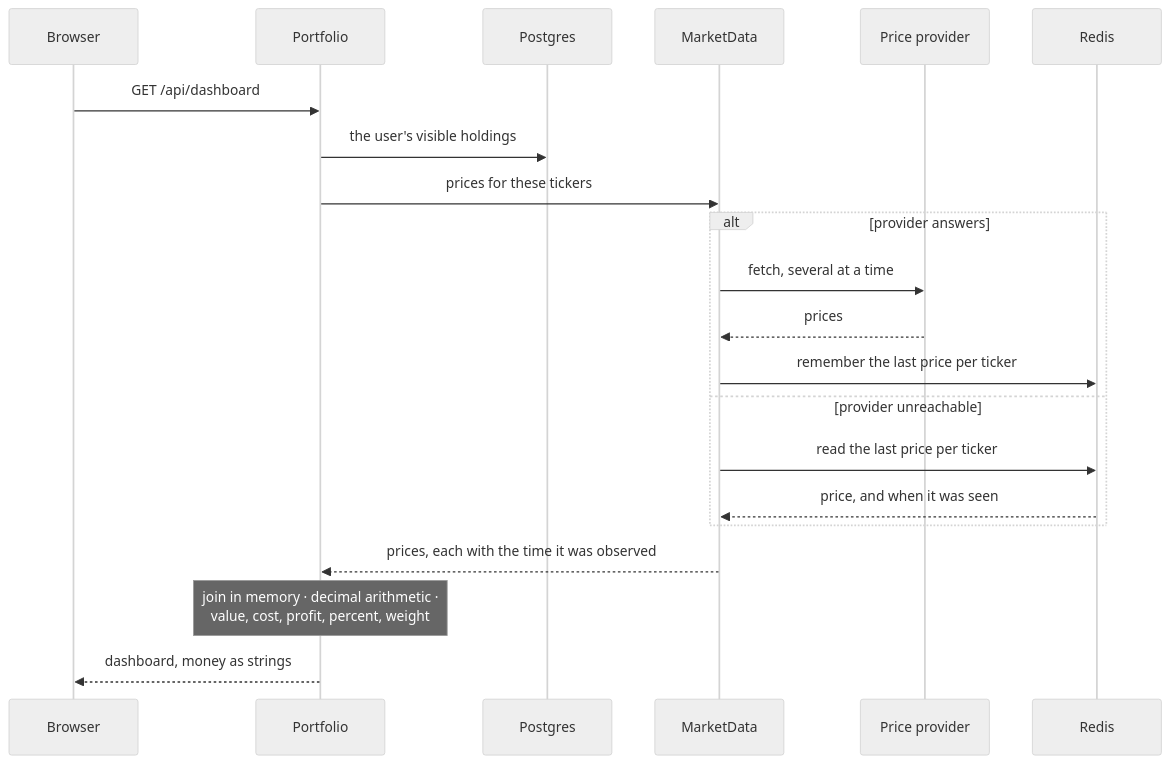
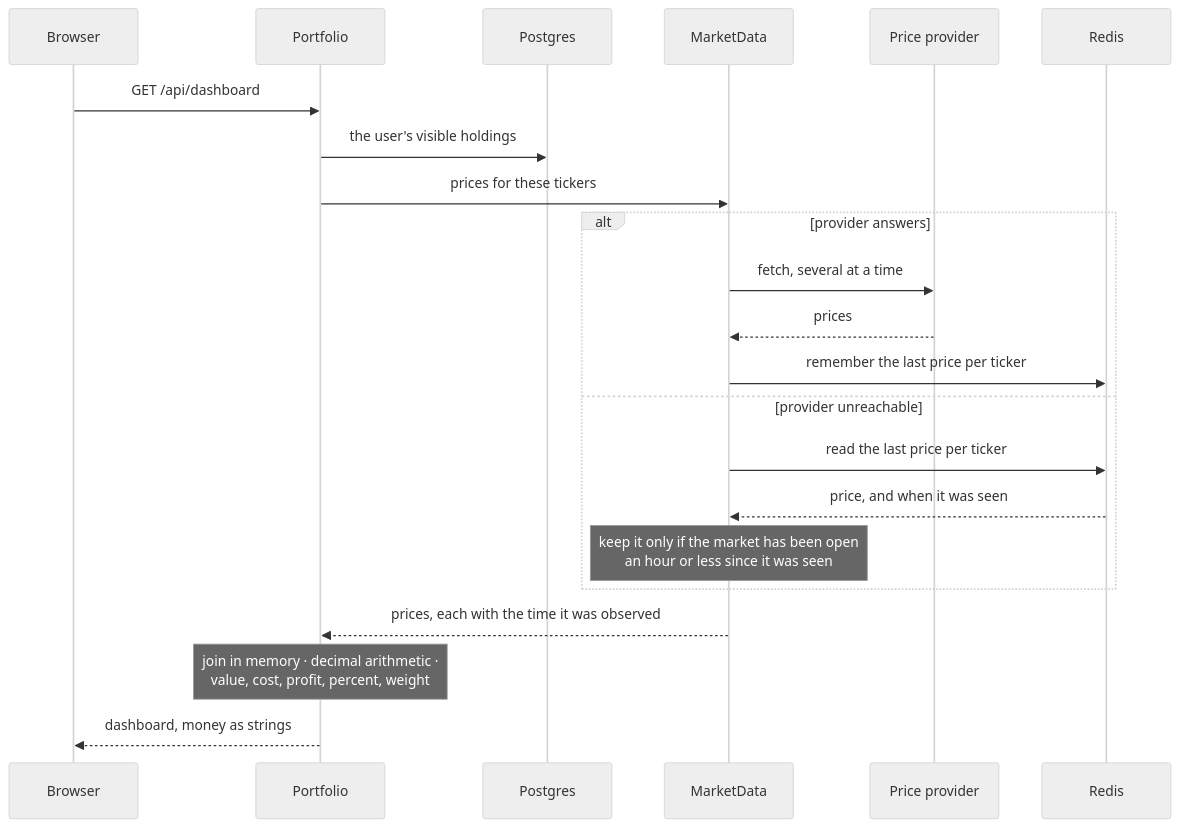
The second of 4 diagrams in docs/reference/module-interactions.md (Dilicidum/StockPortfolio), drawn with Mermaid (neutral theme) before and after one commit. The commit also changed other lines of this file and 110 other files, not shown here.

````diff
--- a/docs/reference/module-interactions.md
+++ b/docs/reference/module-interactions.md
@@ -106,26 +106,27 @@
 ```mermaid
 sequenceDiagram
     participant B as Browser
     participant PF as Portfolio
     participant PG as Postgres
     participant MD as MarketData
     participant F as Price provider
     participant R as Redis
 
     B->>PF: GET /api/dashboard
     PF->>PG: the user's visible holdings
     PF->>MD: prices for these tickers
 
     alt provider answers
         MD->>F: fetch, several at a time
         F-->>MD: prices
         MD->>R: remember the last price per ticker
     else provider unreachable
         MD->>R: read the last price per ticker
         R-->>MD: price, and when it was seen
+        Note over MD: keep it only if the market has been open<br/>an hour or less since it was seen
     end
 
     MD-->>PF: prices, each with the time it was observed
     Note over PF: join in memory · decimal arithmetic ·<br/>value, cost, profit, percent, weight
     PF-->>B: dashboard, money as strings
 ```
````
